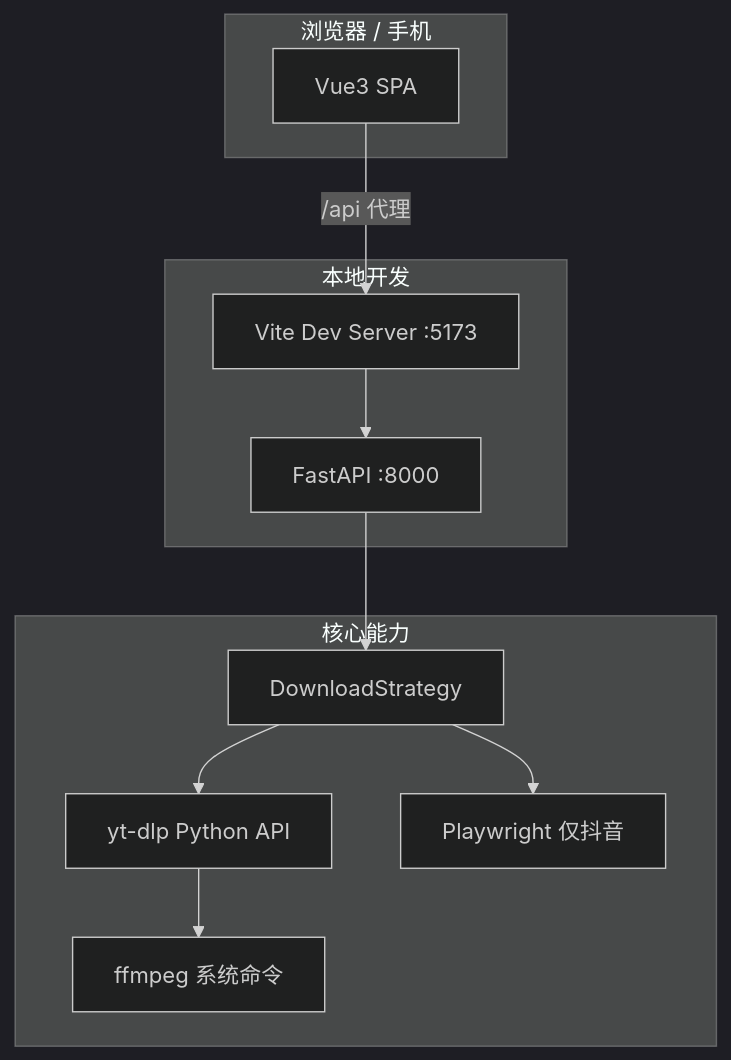
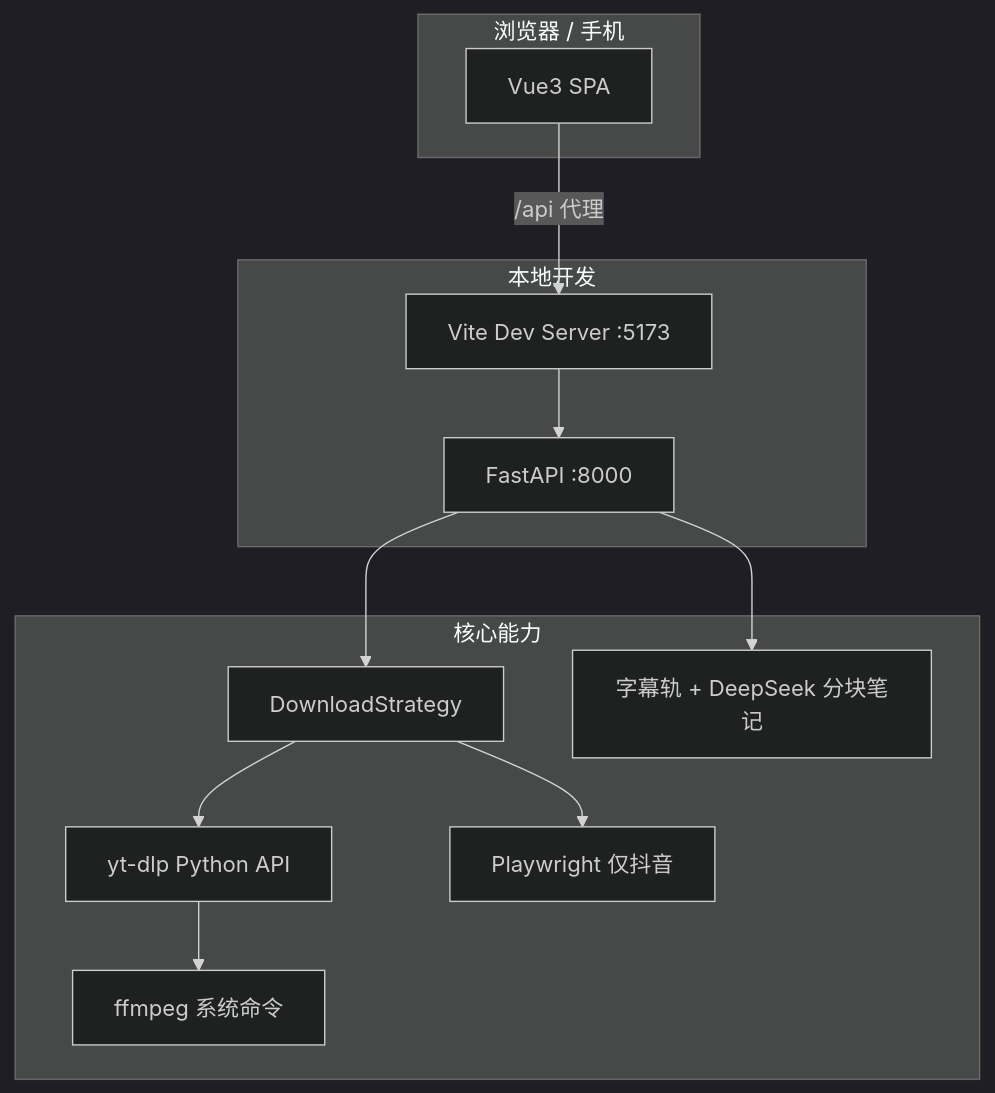
Before and after one commit to janyoshimoto309-oss/vedio-download: the diagram in docs/02-技术方案.md, drawn with Mermaid (dark theme). The commit also changed other lines of this file and 17 other files, not shown here.

````diff
--- a/docs/02-技术方案.md
+++ b/docs/02-技术方案.md
@@ -7,25 +7,27 @@
 ```mermaid
 flowchart TB
     subgraph Client[浏览器 / 手机]
         SPA[Vue3 SPA]
     end
 
     subgraph Dev[本地开发]
         Vite[Vite Dev Server :5173]
         API[FastAPI :8000]
     end
 
     subgraph Core[核心能力]
         YtDlp[yt-dlp Python API]
         DyBrowser[Playwright 仅抖音]
         FFmpeg[ffmpeg 系统命令]
         Strategy[DownloadStrategy]
+        Notes[字幕轨 + DeepSeek 分块笔记]
     end
 
     SPA -->|/api 代理| Vite
     Vite --> API
     API --> Strategy
     Strategy --> YtDlp
     Strategy --> DyBrowser
+    API --> Notes
     YtDlp --> FFmpeg
 ```
````
